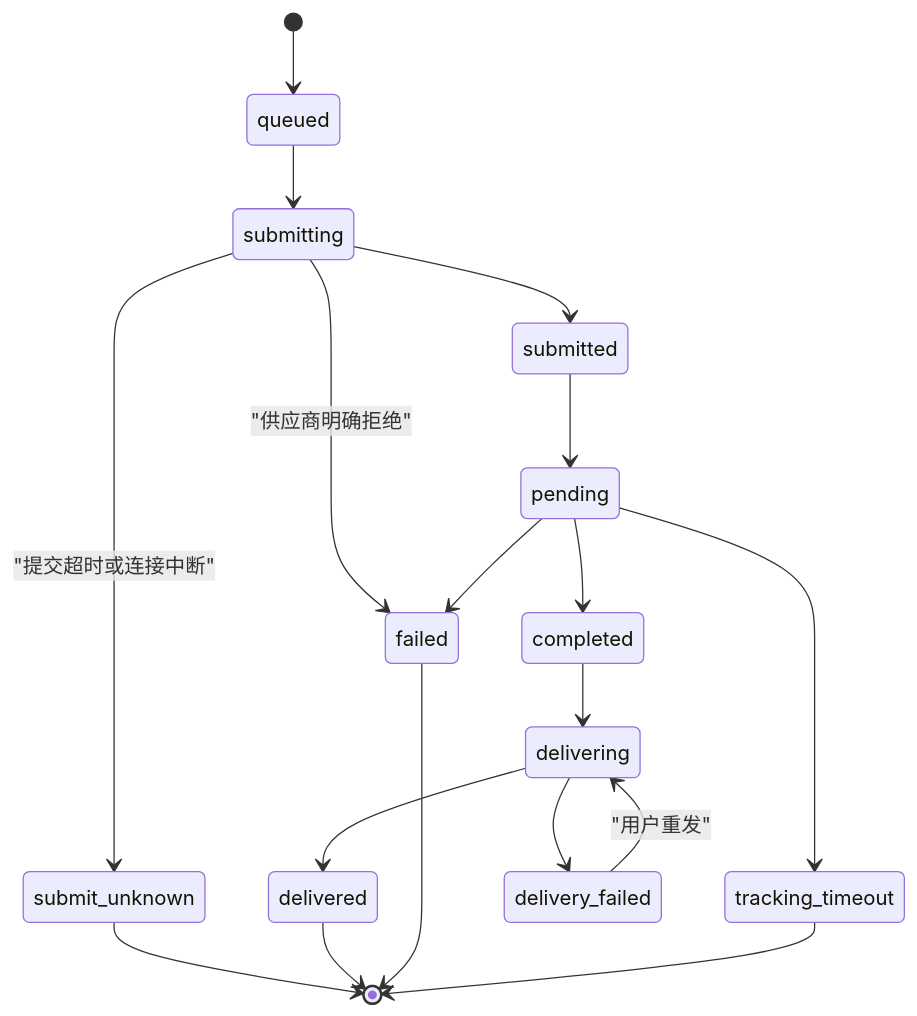
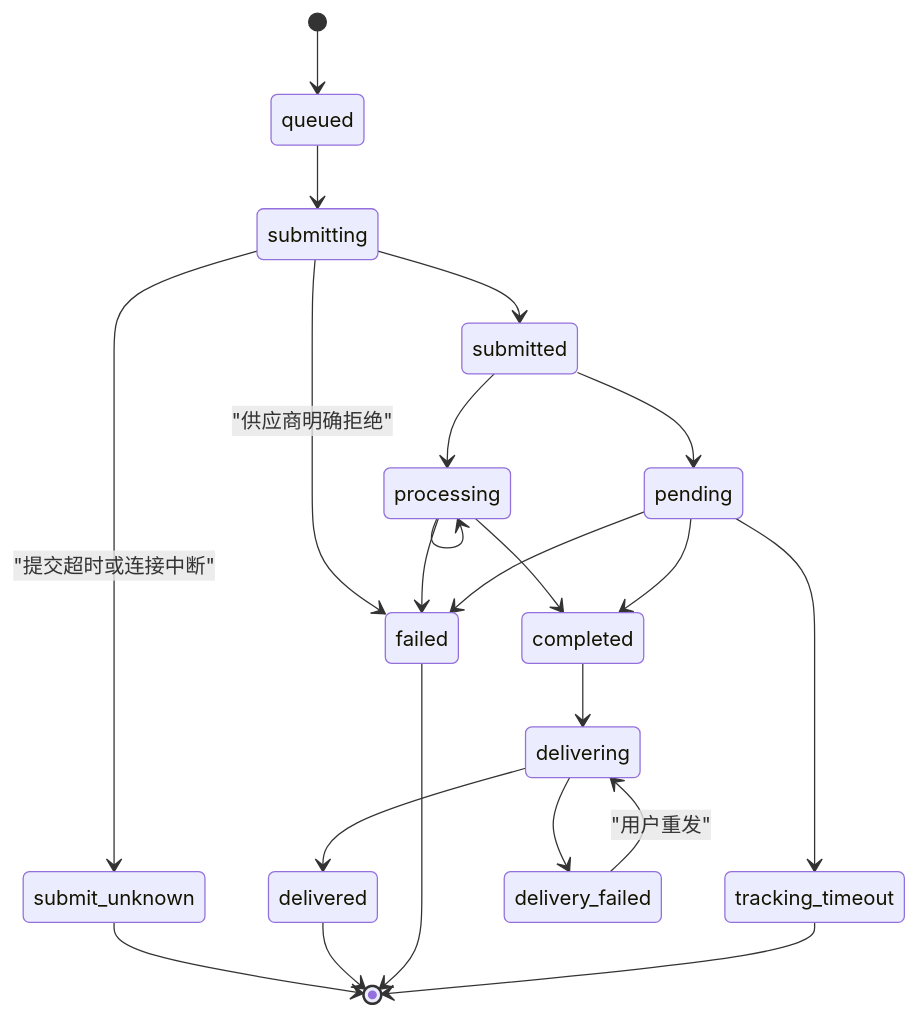
One commit to Yoruko-Sugar/maibot-suno-audio-plugin changed the third of 3 diagrams in docs/technical-spec.md. Above: the diagram before and after it, drawn with Mermaid. The commit also changed other lines of this file and 11 other files, not shown here.

````diff
--- a/docs/technical-spec.md
+++ b/docs/technical-spec.md
@@ -538,20 +538,24 @@
 ```mermaid
 stateDiagram-v2
     [*] --> queued
     queued --> submitting
     submitting --> submitted
     submitting --> submit_unknown: "提交超时或连接中断"
     submitting --> failed: "供应商明确拒绝"
     submitted --> pending
+    submitted --> processing
+    processing --> processing
+    processing --> completed
+    processing --> failed
     pending --> completed
     pending --> failed
     pending --> tracking_timeout
     completed --> delivering
     delivering --> delivered
     delivering --> delivery_failed
     delivery_failed --> delivering: "用户重发"
     submit_unknown --> [*]
     delivered --> [*]
     failed --> [*]
     tracking_timeout --> [*]
 ```
````
